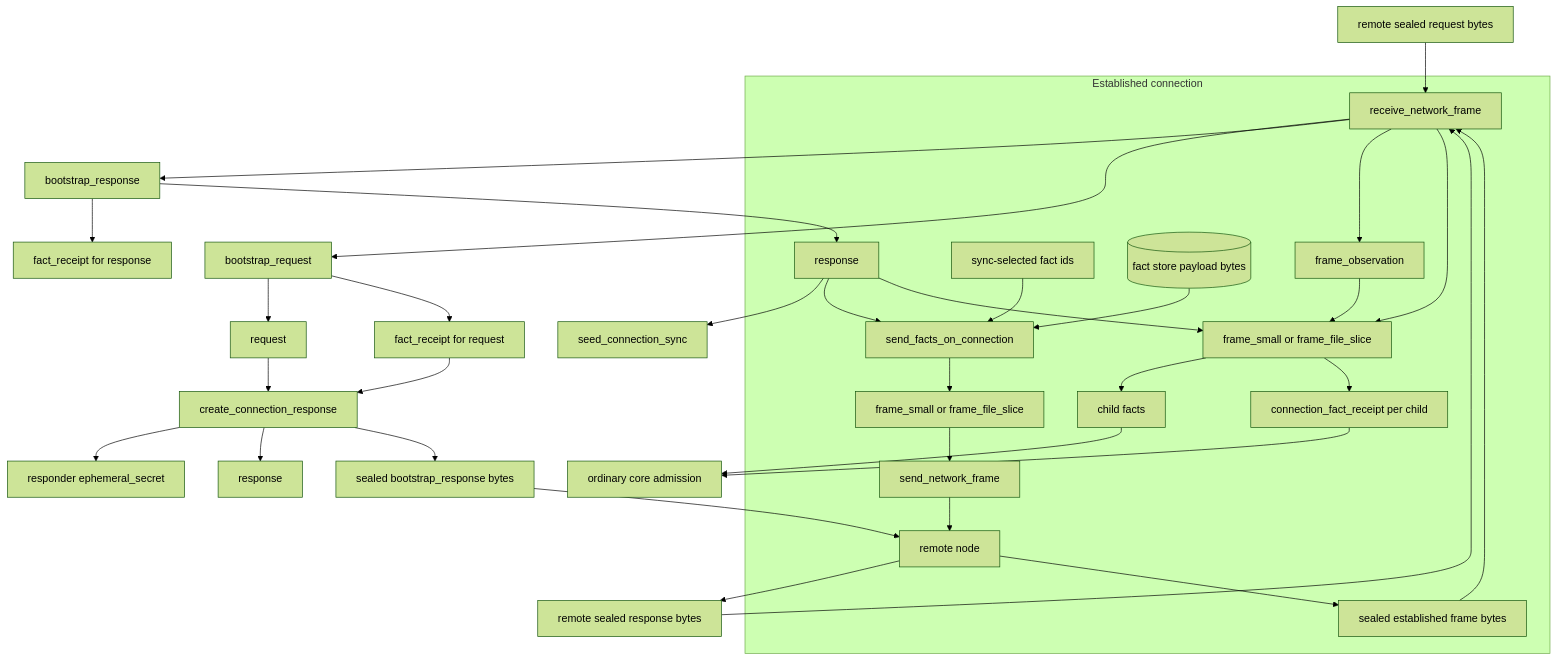
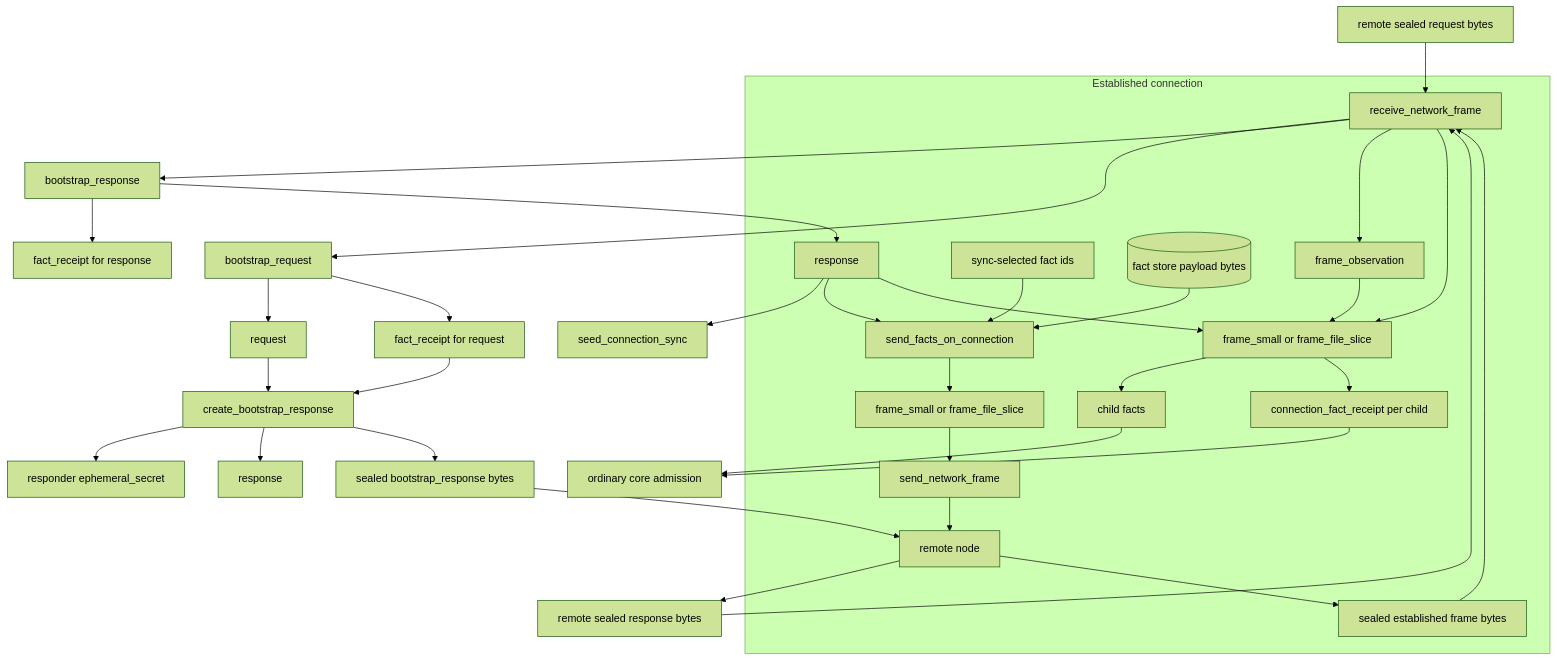
One commit to holmesworcester/poc-10 changed the fourth of 6 diagrams in ARCHITECTURE_DIAGRAMS.md. Above: the diagram before and after it, drawn with Mermaid (forest theme). The commit also changed other lines of this file and 45 other files, not shown here.

````diff
--- a/ARCHITECTURE_DIAGRAMS.md
+++ b/ARCHITECTURE_DIAGRAMS.md
@@ -156,41 +156,41 @@
 ```mermaid
 %%{init: {"flowchart": {"wrappingWidth": 340}} }%%
 flowchart TD
     REMOTE_REQ["remote sealed request bytes"] --> RECEIVE["receive_network_frame"]
     RECEIVE --> BOOT_REQ["bootstrap_request"]
     BOOT_REQ --> REQ["request"]
     BOOT_REQ --> REC1["fact_receipt for request"]
-    REQ --> CREATE_RESP["create_connection_response"]
+    REQ --> CREATE_RESP["create_bootstrap_response"]
     REC1 --> CREATE_RESP
     CREATE_RESP --> RESP_SECRET["responder ephemeral_secret"]
     CREATE_RESP --> RESP["response"]
     CREATE_RESP --> BOOT_RESP_OUT["sealed bootstrap_response bytes"]
     BOOT_RESP_OUT --> PEER["remote node"]
 
     PEER --> REMOTE_RESP["remote sealed response bytes"]
     REMOTE_RESP --> RECEIVE
     RECEIVE --> BOOT_RESP["bootstrap_response"]
     BOOT_RESP --> RESP_LOCAL["response"]
     BOOT_RESP --> REC2["fact_receipt for response"]
     RESP_LOCAL --> SEED["seed_connection_sync"]
 
     subgraph ESTABLISHED["Established connection"]
       SYNC_IDS["sync-selected fact ids"] --> SEND_IDS["send_facts_on_connection"]
       RESP_LOCAL --> SEND_IDS
       FACT_STORE[("fact store payload bytes")] --> SEND_IDS
       SEND_IDS --> FRAME_OUT["frame_small or frame_file_slice"]
       FRAME_OUT --> NETWORK["send_network_frame"]
       NETWORK --> PEER
       PEER --> FRAME_IN_BYTES["sealed established frame bytes"]
       FRAME_IN_BYTES --> RECEIVE
       RECEIVE --> OBS["frame_observation"]
       RECEIVE --> FRAME_IN["frame_small or frame_file_slice"]
       OBS --> FRAME_IN
       RESP_LOCAL --> FRAME_IN
       FRAME_IN --> CHILD["child facts"]
       FRAME_IN --> REC_CHILD["connection_fact_receipt per child"]
     end
 
     CHILD --> CORE["ordinary core admission"]
     REC_CHILD --> CORE
 ```
````
